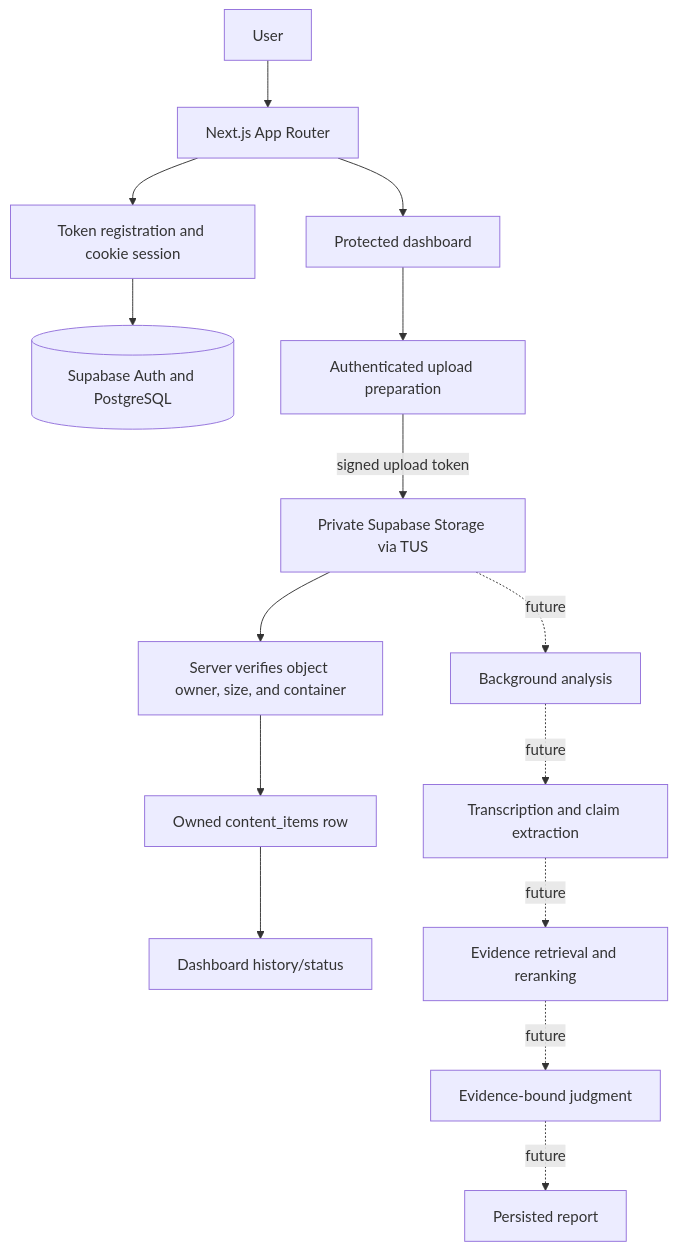
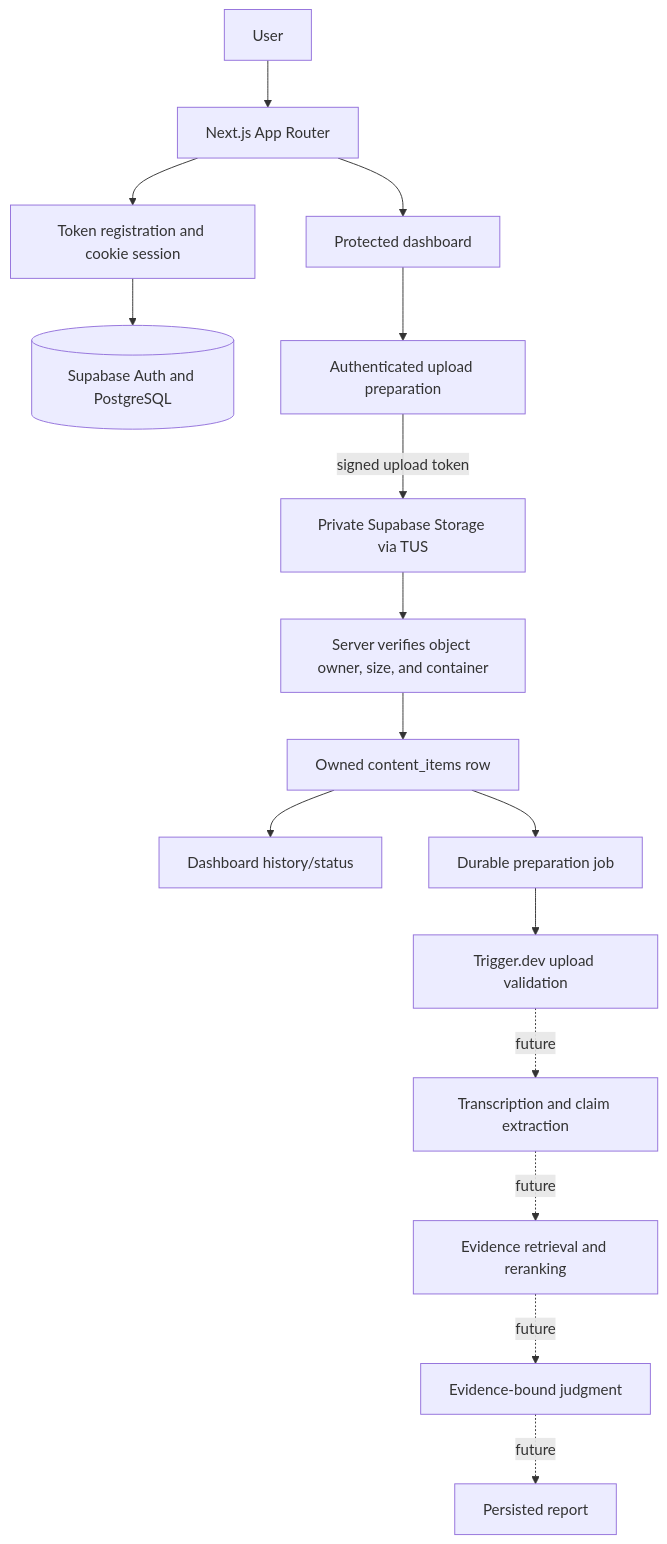
The diagram in ARCHITECTURE.md (Kirbik/psych-factcheck), drawn with Mermaid before and after one commit. The commit also changed other lines of this file and 40 other files, not shown here.

````diff
--- a/ARCHITECTURE.md
+++ b/ARCHITECTURE.md
@@ -21,17 +21,18 @@
 ```mermaid
 flowchart TD
   U[User] --> WEB[Next.js App Router]
   WEB --> AUTH[Token registration and cookie session]
   AUTH --> DB[(Supabase Auth and PostgreSQL)]
   WEB --> DASH[Protected dashboard]
   DASH --> UP[Authenticated upload preparation]
   UP -->|signed upload token| STORAGE[Private Supabase Storage via TUS]
   STORAGE --> VERIFY[Server verifies object owner, size, and container]
   VERIFY --> CONTENT[Owned content_items row]
   CONTENT --> HISTORY[Dashboard history/status]
-  STORAGE -. future .-> JOB[Background analysis]
-  JOB -. future .-> TRANS[Transcription and claim extraction]
+  CONTENT --> JOB[Durable preparation job]
+  JOB --> PREP[Trigger.dev upload validation]
+  PREP -. future .-> TRANS[Transcription and claim extraction]
   TRANS -. future .-> RAG[Evidence retrieval and reranking]
   RAG -. future .-> JUDGE[Evidence-bound judgment]
   JUDGE -. future .-> REPORT[Persisted report]
 ```
````
